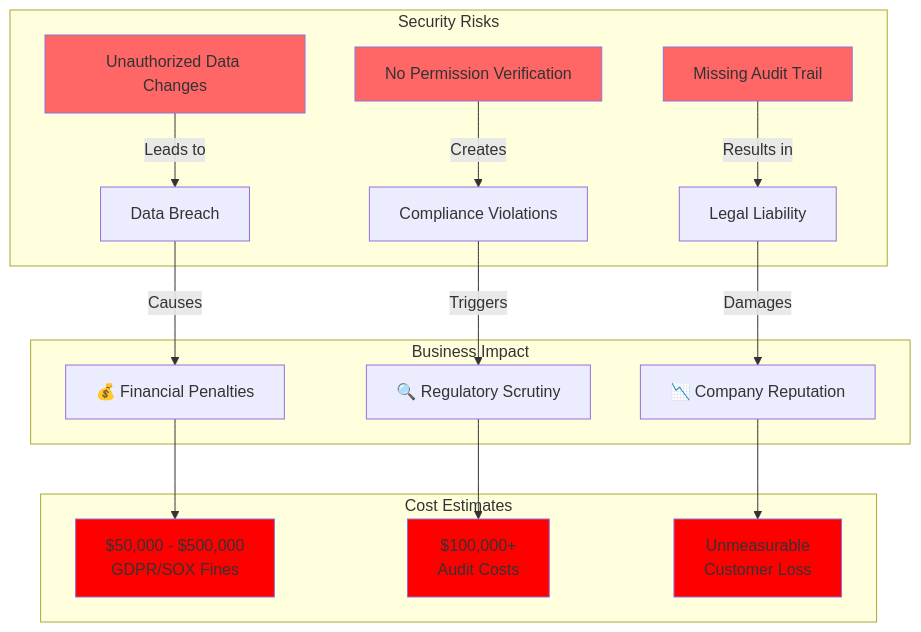
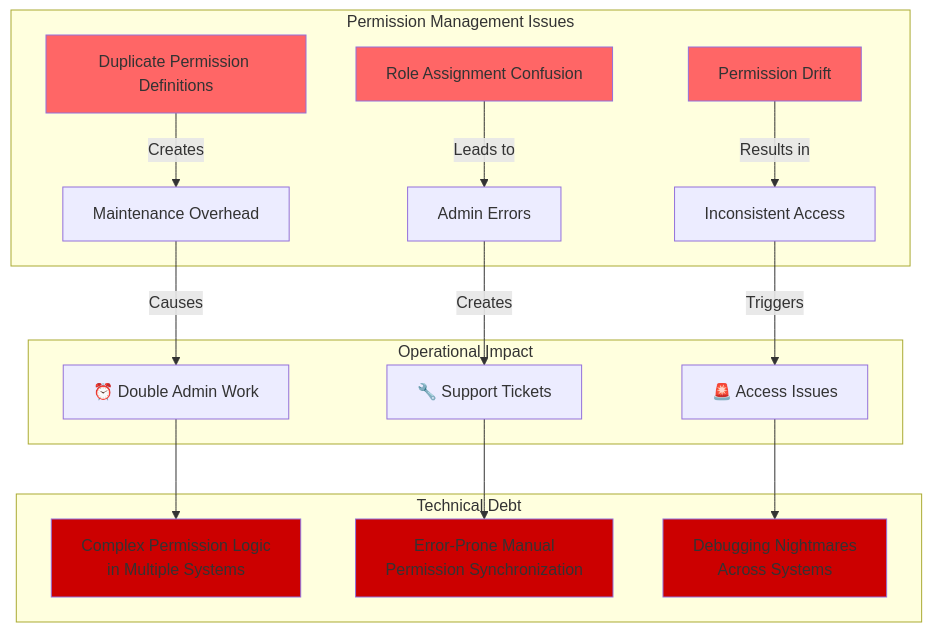
The sixth of 22 diagrams in docs/architecture/challenges-and-solutions.md (hi-dil/SSO-POC), drawn with Mermaid before and after one commit. The commit also changed other lines of this file and 4 other files, not shown here.

````diff
--- a/docs/architecture/challenges-and-solutions.md
+++ b/docs/architecture/challenges-and-solutions.md
@@ -183,27 +235,27 @@
 ```mermaid
 graph TD
-    subgraph "Security Risks"
-        A[Unauthorized Data Changes] -->|Leads to| B[Data Breach]
-        C[No Permission Verification] -->|Creates| D[Compliance Violations]
-        E[Missing Audit Trail] -->|Results in| F[Legal Liability]
+    subgraph "Permission Management Issues"
+        A[Duplicate Permission Definitions] -->|Creates| B[Maintenance Overhead]
+        C[Role Assignment Confusion] -->|Leads to| D[Admin Errors]
+        E[Permission Drift] -->|Results in| F[Inconsistent Access]
     end
     
-    subgraph "Business Impact"
-        B -->|Causes| G[💰 Financial Penalties]
-        D -->|Triggers| H[🔍 Regulatory Scrutiny]
-        F -->|Damages| I[📉 Company Reputation]
+    subgraph "Operational Impact"
+        B -->|Causes| G[⏰ Double Admin Work]
+        D -->|Creates| H[🔧 Support Tickets]
+        F -->|Triggers| I[🚨 Access Issues]
     end
     
-    subgraph "Cost Estimates"
-        G --> J[$50,000 - $500,000<br/>GDPR/SOX Fines]
-        H --> K[$100,000+<br/>Audit Costs]
-        I --> L[Unmeasurable<br/>Customer Loss]
+    subgraph "Technical Debt"
+        G --> J[Complex Permission Logic<br/>in Multiple Systems]
+        H --> K[Error-Prone Manual<br/>Permission Synchronization]
+        I --> L[Debugging Nightmares<br/>Across Systems]
     end
     
     style A fill:#ff6666
     style C fill:#ff6666
     style E fill:#ff6666
-    style J fill:#ff0000
-    style K fill:#ff0000
-    style L fill:#ff0000
+    style J fill:#cc0000
+    style K fill:#cc0000
+    style L fill:#cc0000
 ```
````
